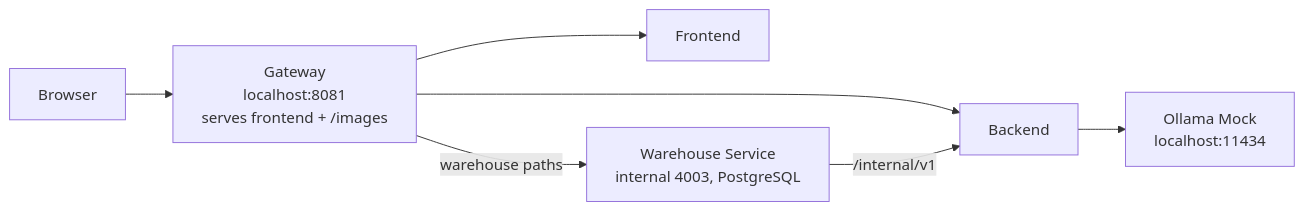
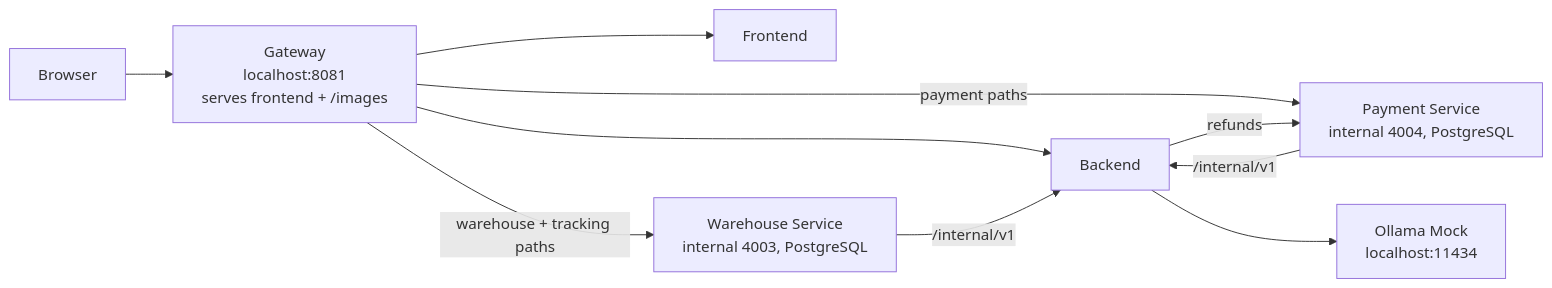
Before and after one commit to slawekradzyminski/awesome-localstack: the first of 3 diagrams in README.md, drawn with Mermaid. The commit also changed other lines of this file and 89 other files, not shown here.

First line of the commit message:
Commerce wave 3: payment-service, tracking, backend 3.15.0, frontend 3.12.0, docs wiki (#81)

````diff
--- a/README.md
+++ b/README.md
@@ -88,16 +100,20 @@
 ```mermaid
 flowchart LR
     U[Browser]
     G[Gateway<br/>localhost:8081<br/>serves frontend + /images]
     F[Frontend]
     B[Backend]
     W[Warehouse Service<br/>internal 4003, PostgreSQL]
+    PS[Payment Service<br/>internal 4004, PostgreSQL]
     O[Ollama Mock<br/>localhost:11434]
 
     U --> G
     G --> F
     G --> B
-    G -->|warehouse paths| W
+    G -->|warehouse + tracking paths| W
+    G -->|payment paths| PS
     W -->|/internal/v1| B
+    PS -->|/internal/v1| B
+    B -->|refunds| PS
     B --> O
 ```
````
